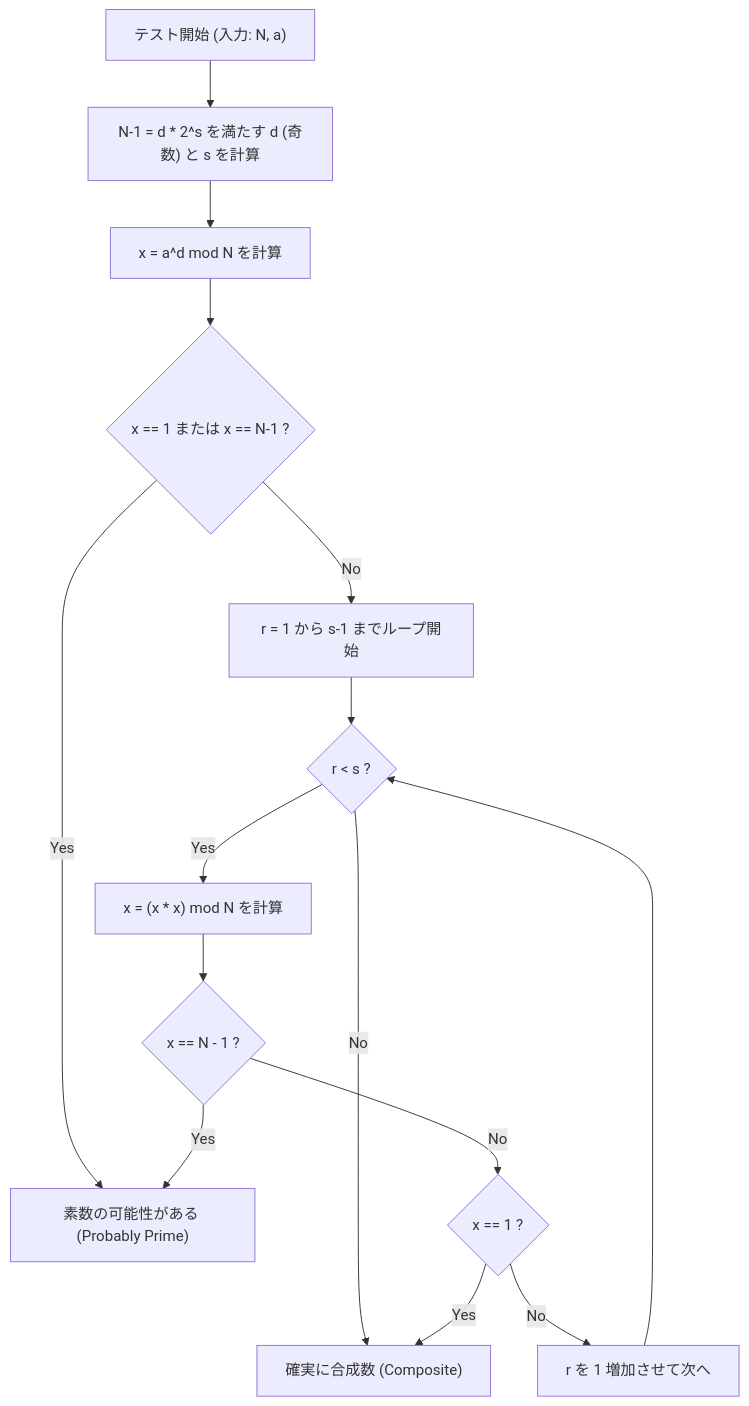
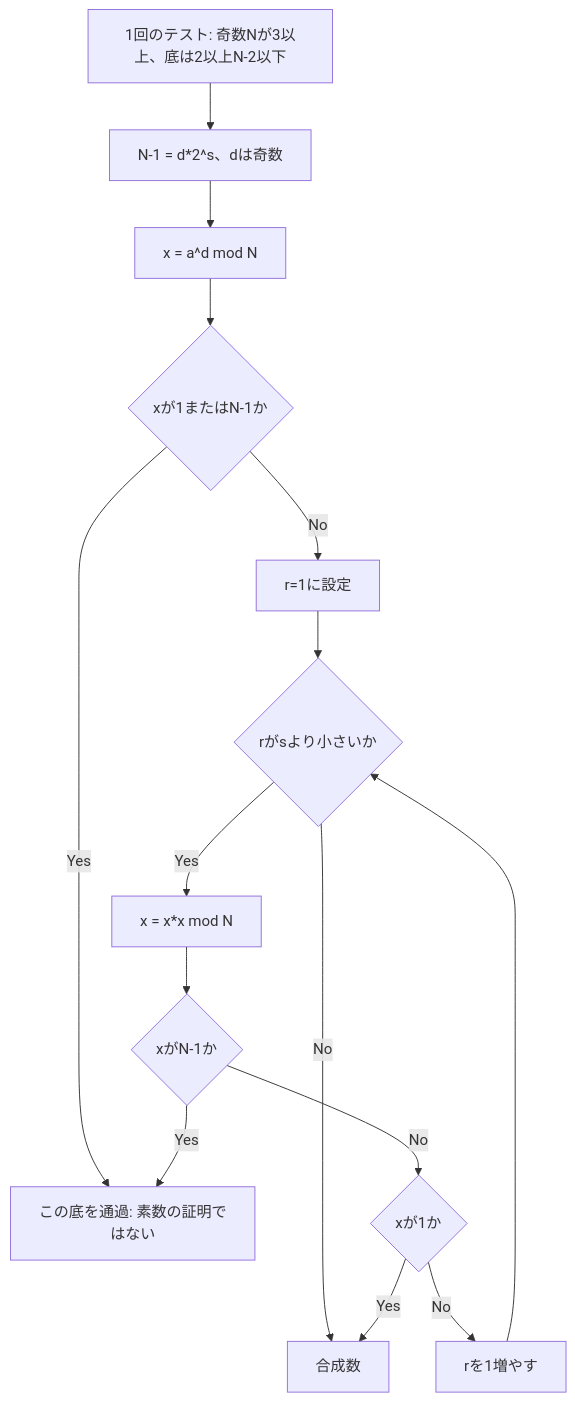
Before and after one commit to kenjinote/blog: the first of 2 diagrams in content/post/cppで実装する高速な素数判定アルゴリズム/index.md, drawn with Mermaid. The commit also changed other lines of this file and 7 other files, not shown here.

````diff
--- a/content/post/cppで実装する高速な素数判定アルゴリズム/index.md
+++ b/content/post/cppで実装する高速な素数判定アルゴリズム/index.md
@@ -123,20 +116,17 @@
 ```mermaid
 graph TD
-    Start["テスト開始 (入力: N, a)"] --> CalcDS["N-1 = d * 2^s を満たす d (奇数) と s を計算"]
-    CalcDS --> CalcX["x = a^d mod N を計算"]
-    CalcX --> CheckX1{"x == 1 または x == N-1 ?"}
-    CheckX1 -- Yes --> ReturnTrue["素数の可能性がある (Probably Prime)"]
-    CheckX1 -- No --> LoopStart["r = 1 から s-1 までループ開始"]
-    
-    LoopStart --> LoopCondition{"r < s ?"}
-    LoopCondition -- No --> ReturnFalse["確実に合成数 (Composite)"]
-    LoopCondition -- Yes --> SquareX["x = (x * x) mod N を計算"]
-    
-    SquareX --> CheckXMinus1{"x == N - 1 ?"}
-    CheckXMinus1 -- Yes --> ReturnTrue
-    CheckXMinus1 -- No --> CheckXOne{"x == 1 ?"}
-    
-    CheckXOne -- Yes --> ReturnFalse
-    CheckXOne -- No --> LoopNext["r を 1 増加させて次へ"]
-    LoopNext --> LoopCondition
+    Start["1回のテスト: 奇数Nが3以上、底は2以上N-2以下"] --> DS["N-1 = d*2^s、dは奇数"]
+    DS --> Power["x = a^d mod N"]
+    Power --> First{"xが1またはN-1か"}
+    First -- Yes --> Pass["この底を通過: 素数の証明ではない"]
+    First -- No --> Init["r=1に設定"]
+    Init --> More{"rがsより小さいか"}
+    More -- No --> Fail["合成数"]
+    More -- Yes --> Square["x = x*x mod N"]
+    Square --> Minus{"xがN-1か"}
+    Minus -- Yes --> Pass
+    Minus -- No --> One{"xが1か"}
+    One -- Yes --> Fail
+    One -- No --> Next["rを1増やす"]
+    Next --> More
 ```
````
